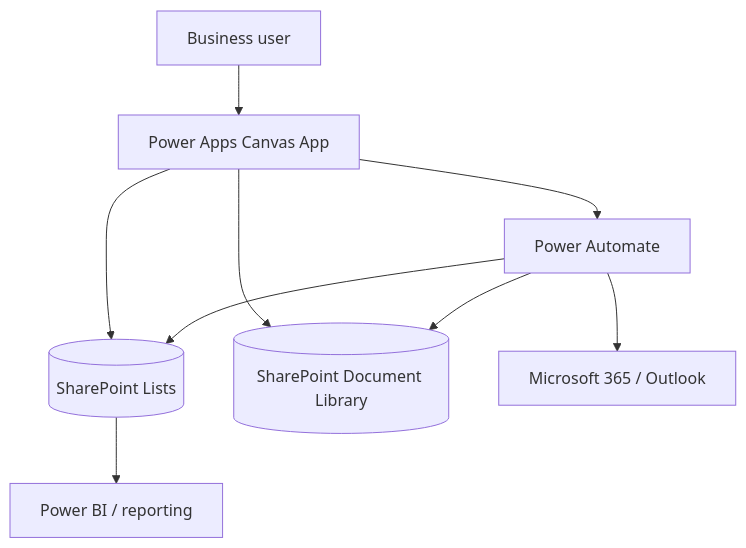
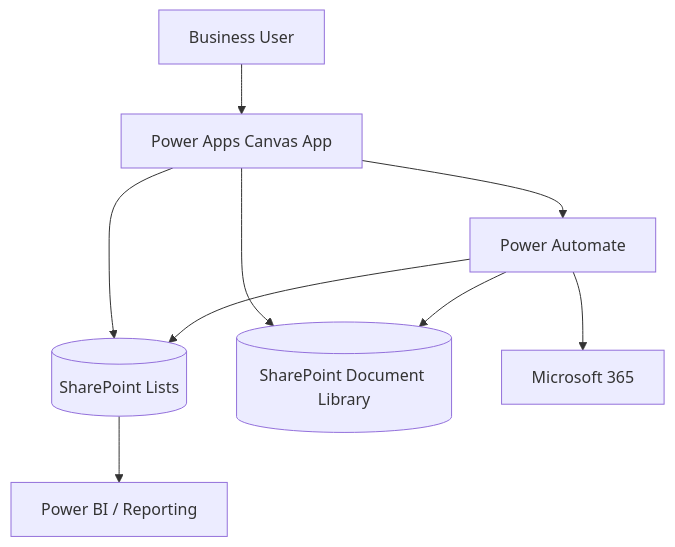
The first of 2 diagrams in projects/procureflow/README.md (jeffersonkuku/jefferson-Mawapanga-Saku), drawn with Mermaid before and after one commit. The commit also changed other lines of this file and 5 other files, not shown here.

````diff
--- a/projects/procureflow/README.md
+++ b/projects/procureflow/README.md
@@ -35,11 +47,11 @@
 ```mermaid
 flowchart TB
-    U[Business user] --> PA[Power Apps Canvas App]
-    PA --> SP[(SharePoint Lists)]
-    PA --> DOC[(SharePoint Document Library)]
-    PA --> FLOW[Power Automate]
+    U[Business User] --> APP[Power Apps Canvas App]
+    APP --> SP[(SharePoint Lists)]
+    APP --> LIB[(SharePoint Document Library)]
+    APP --> FLOW[Power Automate]
     FLOW --> SP
-    FLOW --> DOC
-    FLOW --> M365[Microsoft 365 / Outlook]
-    SP --> BI[Power BI / reporting]
+    FLOW --> LIB
+    FLOW --> M365[Microsoft 365]
+    SP --> BI[Power BI / Reporting]
 ```
````
